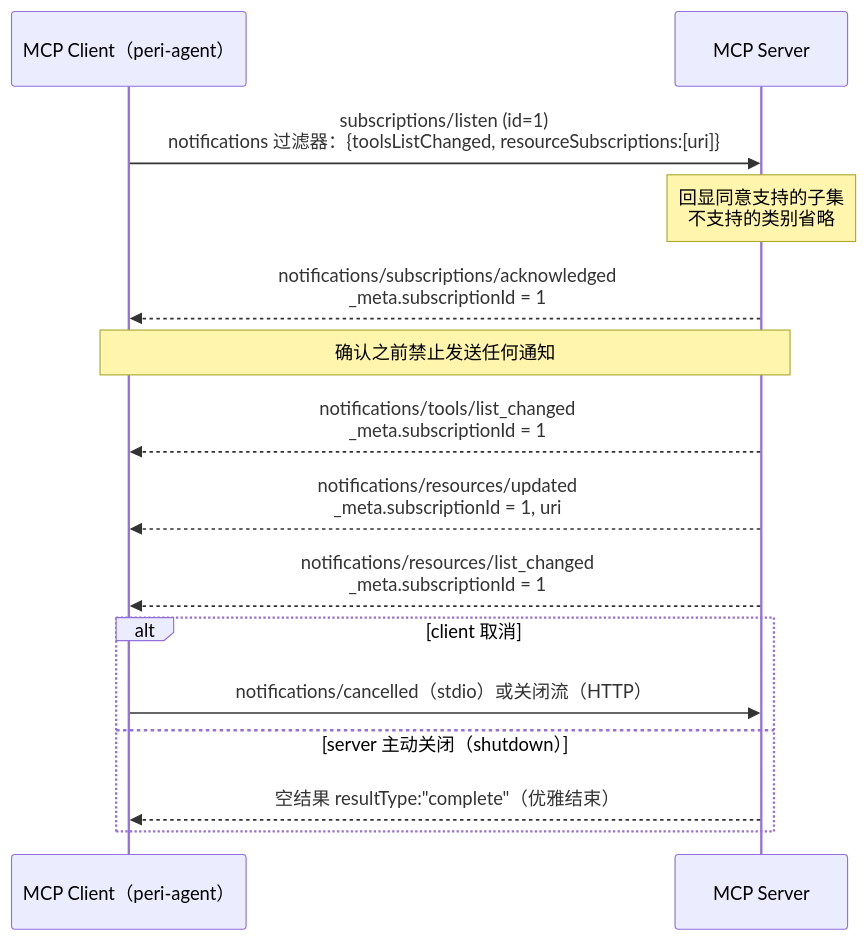
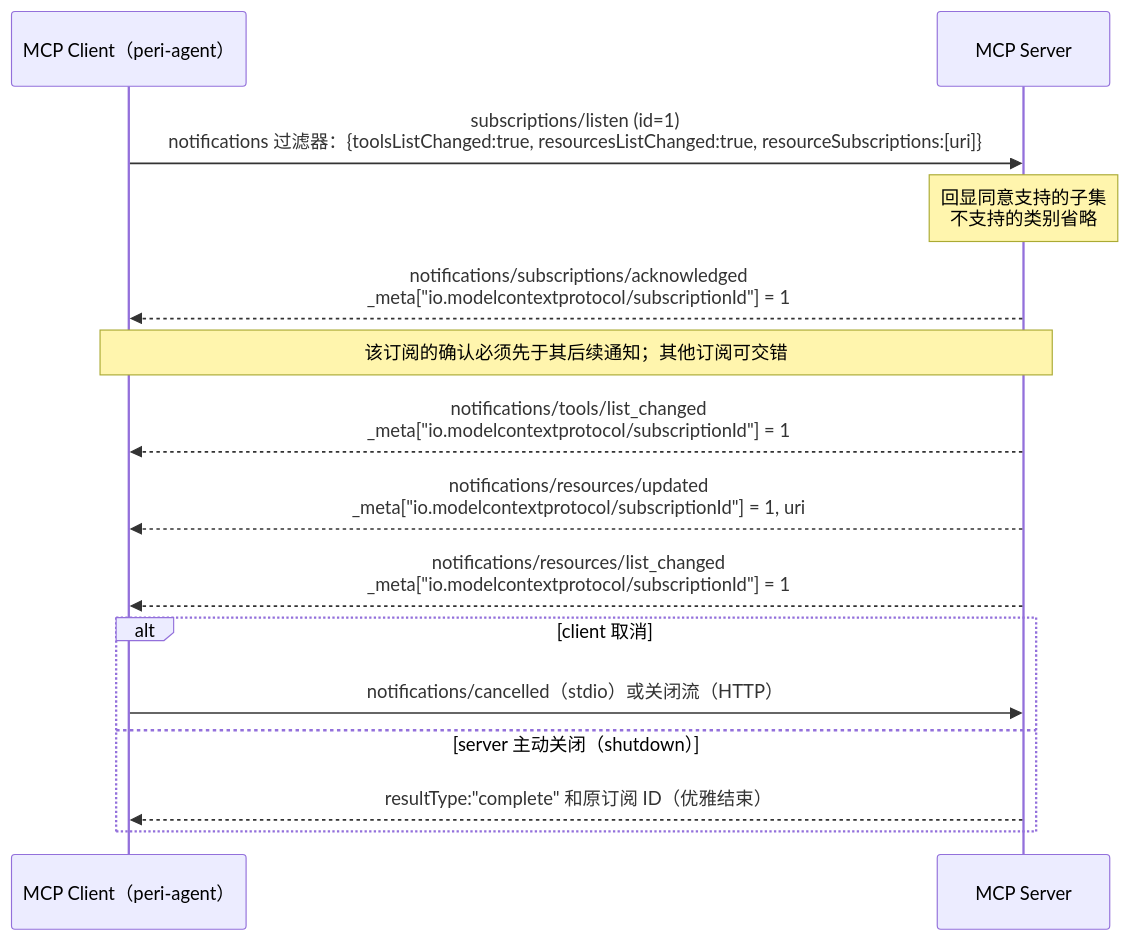
One commit to KonghaYao/peri changed the third of 7 diagrams in docs/reference/mcp-ecosystem.md. Above: the diagram before and after it, drawn with Mermaid. The commit also changed other lines of this file and 52 other files, not shown here.

````diff
--- a/docs/reference/mcp-ecosystem.md
+++ b/docs/reference/mcp-ecosystem.md
@@ -319,20 +319,20 @@
 ```mermaid
 sequenceDiagram
     participant C as MCP Client（peri-agent）
     participant S as MCP Server
 
-    C->>S: subscriptions/listen (id=1)<br/>notifications 过滤器：{toolsListChanged, resourceSubscriptions:[uri]}
+    C->>S: subscriptions/listen (id=1)<br/>notifications 过滤器：{toolsListChanged:true, resourcesListChanged:true, resourceSubscriptions:[uri]}
     Note over S: 回显同意支持的子集<br/>不支持的类别省略
-    S-->>C: notifications/subscriptions/acknowledged<br/>_meta.subscriptionId = 1
-    Note over C,S: 确认之前禁止发送任何通知
+    S-->>C: notifications/subscriptions/acknowledged<br/>_meta["io.modelcontextprotocol/subscriptionId"] = 1
+    Note over C,S: 该订阅的确认必须先于其后续通知；其他订阅可交错
 
-    S-->>C: notifications/tools/list_changed<br/>_meta.subscriptionId = 1
-    S-->>C: notifications/resources/updated<br/>_meta.subscriptionId = 1, uri
-    S-->>C: notifications/resources/list_changed<br/>_meta.subscriptionId = 1
+    S-->>C: notifications/tools/list_changed<br/>_meta["io.modelcontextprotocol/subscriptionId"] = 1
+    S-->>C: notifications/resources/updated<br/>_meta["io.modelcontextprotocol/subscriptionId"] = 1, uri
+    S-->>C: notifications/resources/list_changed<br/>_meta["io.modelcontextprotocol/subscriptionId"] = 1
 
     alt client 取消
         C->>S: notifications/cancelled（stdio）或关闭流（HTTP）
     else server 主动关闭（shutdown）
-        S-->>C: 空结果 resultType:"complete"（优雅结束）
+        S-->>C: resultType:"complete" 和原订阅 ID（优雅结束）
     end
 ```
````
